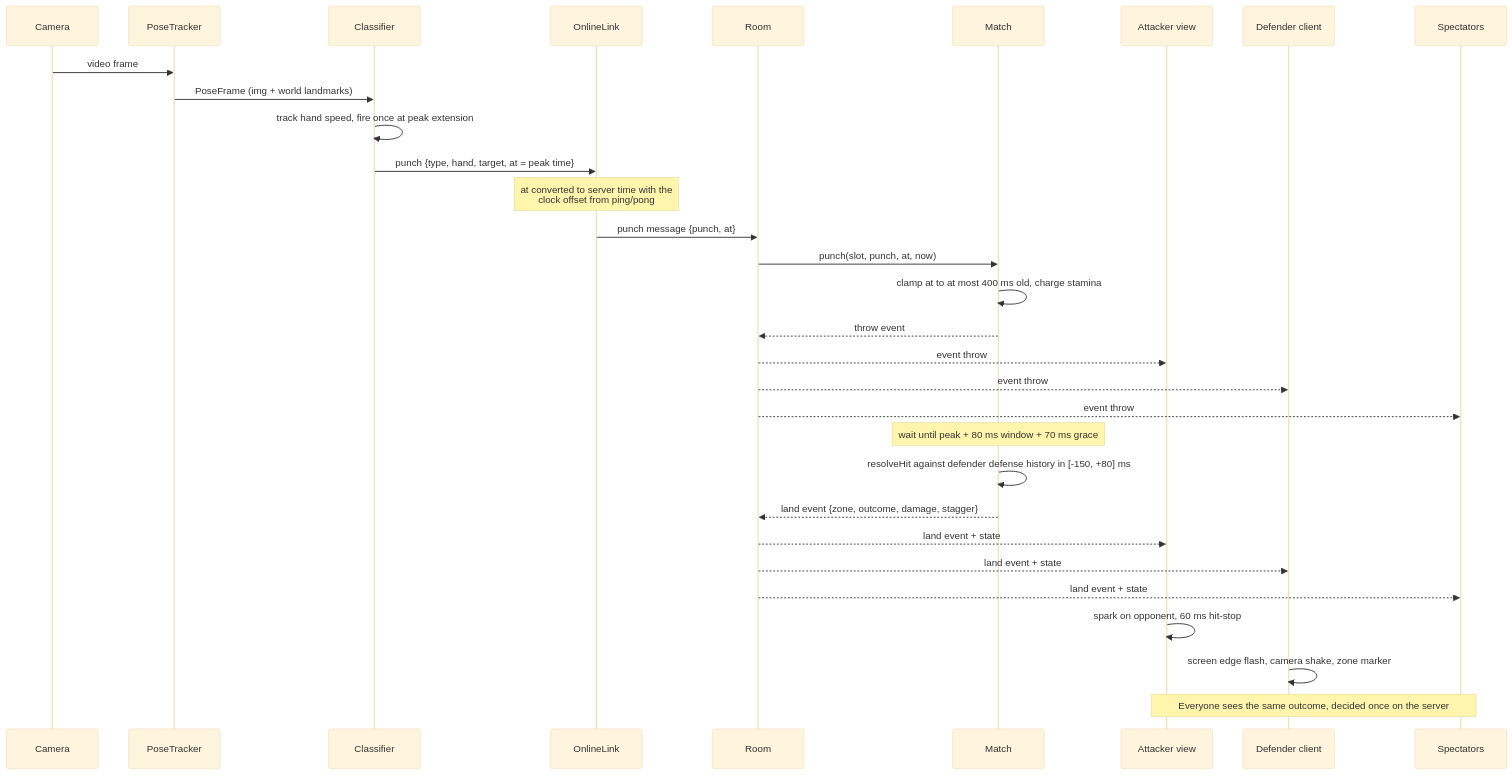
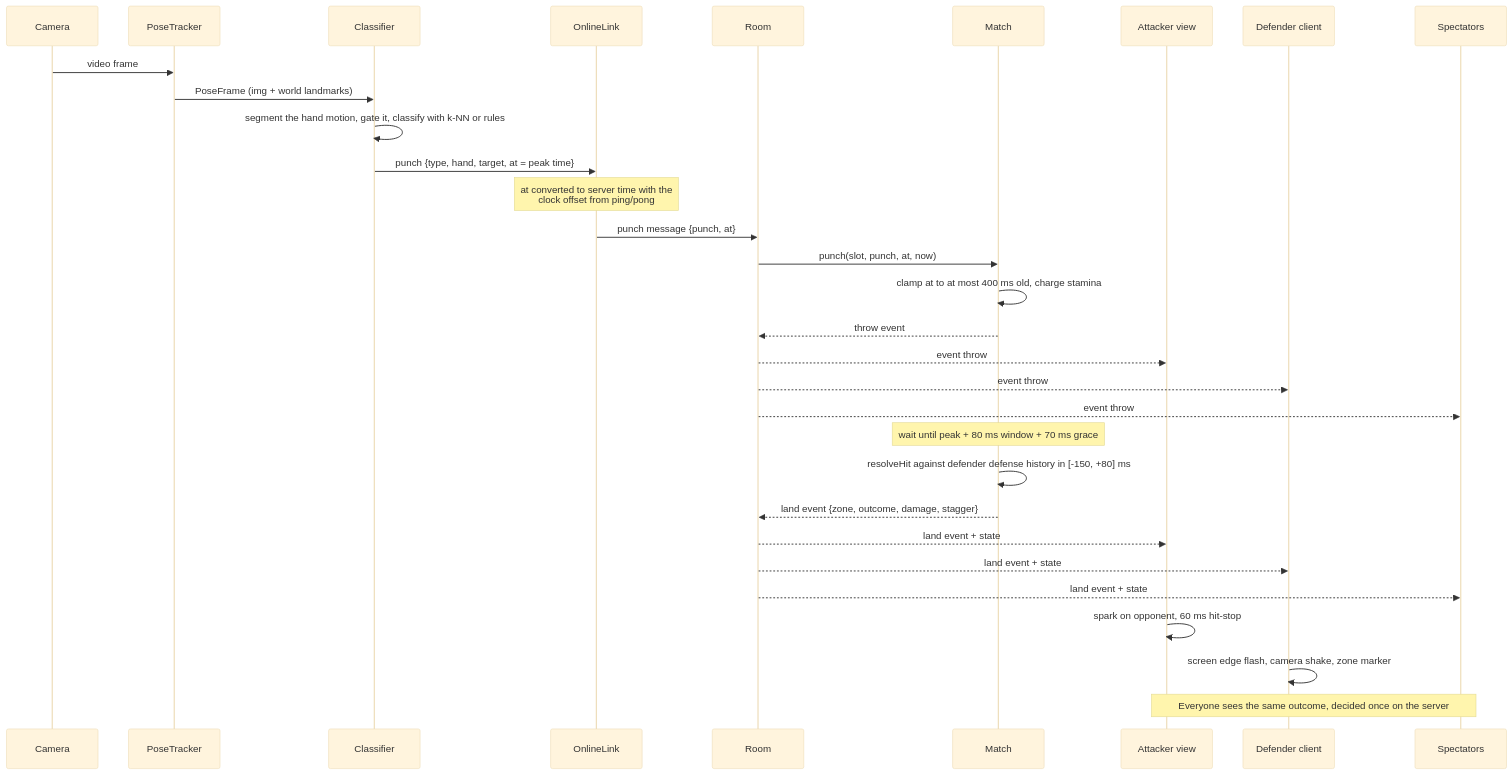
Before and after one commit to teddycitrus/shadow-box: the second of 3 diagrams in README.md, drawn with Mermaid (base theme). The commit also changed other lines of this file and 7 other files, not shown here.

````diff
--- a/README.md
+++ b/README.md
@@ -104,34 +109,34 @@
 ```mermaid
 sequenceDiagram
   participant Cam as Camera
   participant PT as PoseTracker
   participant CL as Classifier
   participant OL as OnlineLink
   participant R as Room
   participant M as Match
   participant AV as Attacker view
   participant DV as Defender client
   participant SP as Spectators
 
   Cam->>PT: video frame
   PT->>CL: PoseFrame (img + world landmarks)
-  CL->>CL: track hand speed, fire once at peak extension
+  CL->>CL: segment the hand motion, gate it, classify with k-NN or rules
   CL->>OL: punch {type, hand, target, at = peak time}
   Note over OL: at converted to server time with the<br/>clock offset from ping/pong
   OL->>R: punch message {punch, at}
   R->>M: punch(slot, punch, at, now)
   M->>M: clamp at to at most 400 ms old, charge stamina
   M-->>R: throw event
   R-->>AV: event throw
   R-->>DV: event throw
   R-->>SP: event throw
   Note over M: wait until peak + 80 ms window + 70 ms grace
   M->>M: resolveHit against defender defense history in [-150, +80] ms
   M-->>R: land event {zone, outcome, damage, stagger}
   R-->>AV: land event + state
   R-->>DV: land event + state
   R-->>SP: land event + state
   AV->>AV: spark on opponent, 60 ms hit-stop
   DV->>DV: screen edge flash, camera shake, zone marker
   Note over AV,SP: Everyone sees the same outcome, decided once on the server
 ```
````
